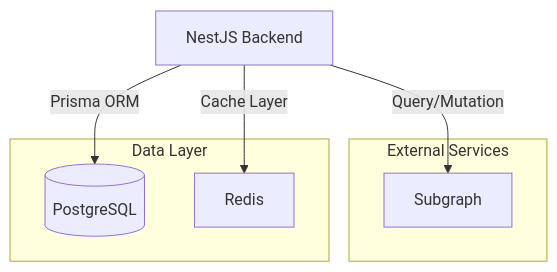
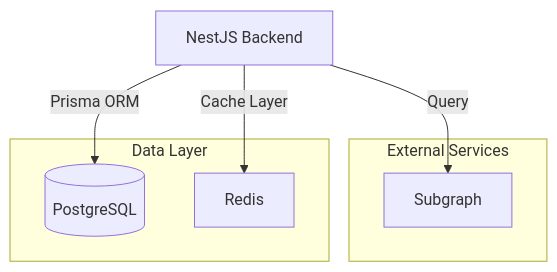
The diagram in docs/backend.md (LFGInc/node-system-docs), drawn with Mermaid before and after one commit. The commit also changed other lines of this file and 1 other file, not shown here.

Commit message:
docs: add Datagram integration section and update architecture diagram

````diff
--- a/docs/backend.md
+++ b/docs/backend.md
@@ -13,20 +13,20 @@
 ```mermaid
 graph TD
     A[NestJS Backend]
     G[Subgraph]
     P[(PostgreSQL)]
     R[Redis]
 
-    A -->|Query/Mutation| G
+    A -->|Query| G
     A -->|Prisma ORM| P
     A -->|Cache Layer| R
 
     subgraph External Services
         G
     end
 
     subgraph Data Layer
         P
         R
     end
 ```
````
